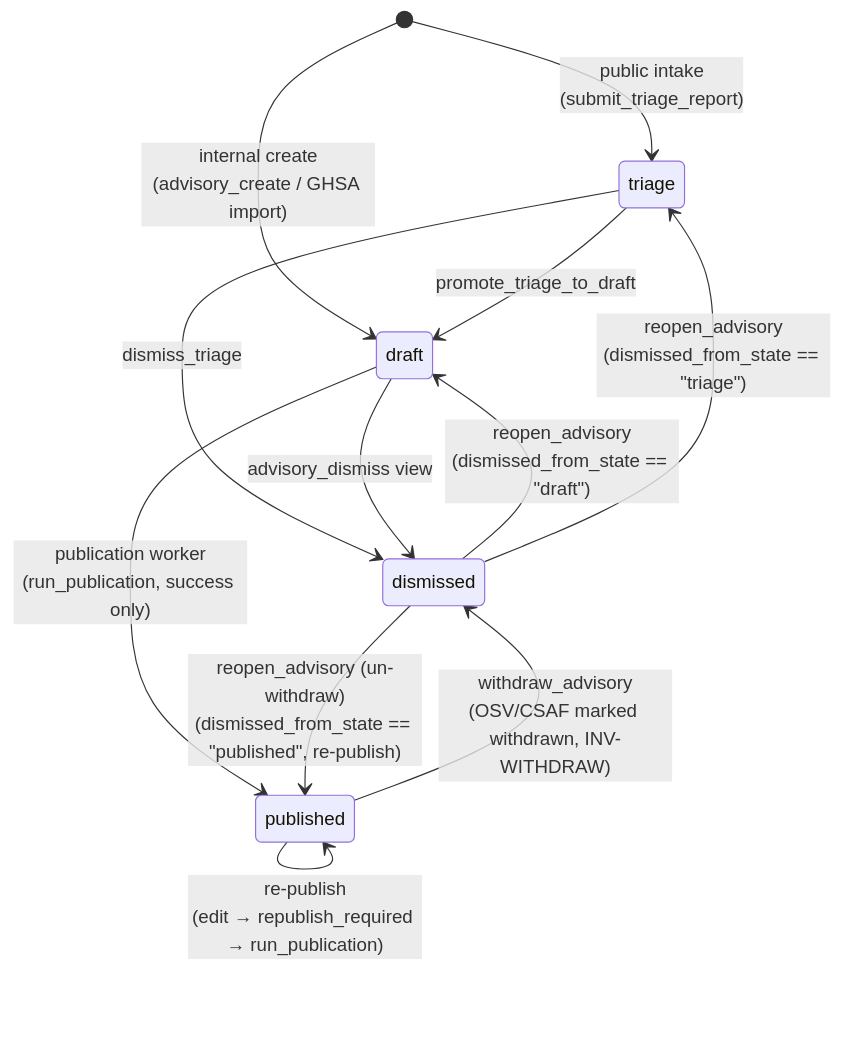
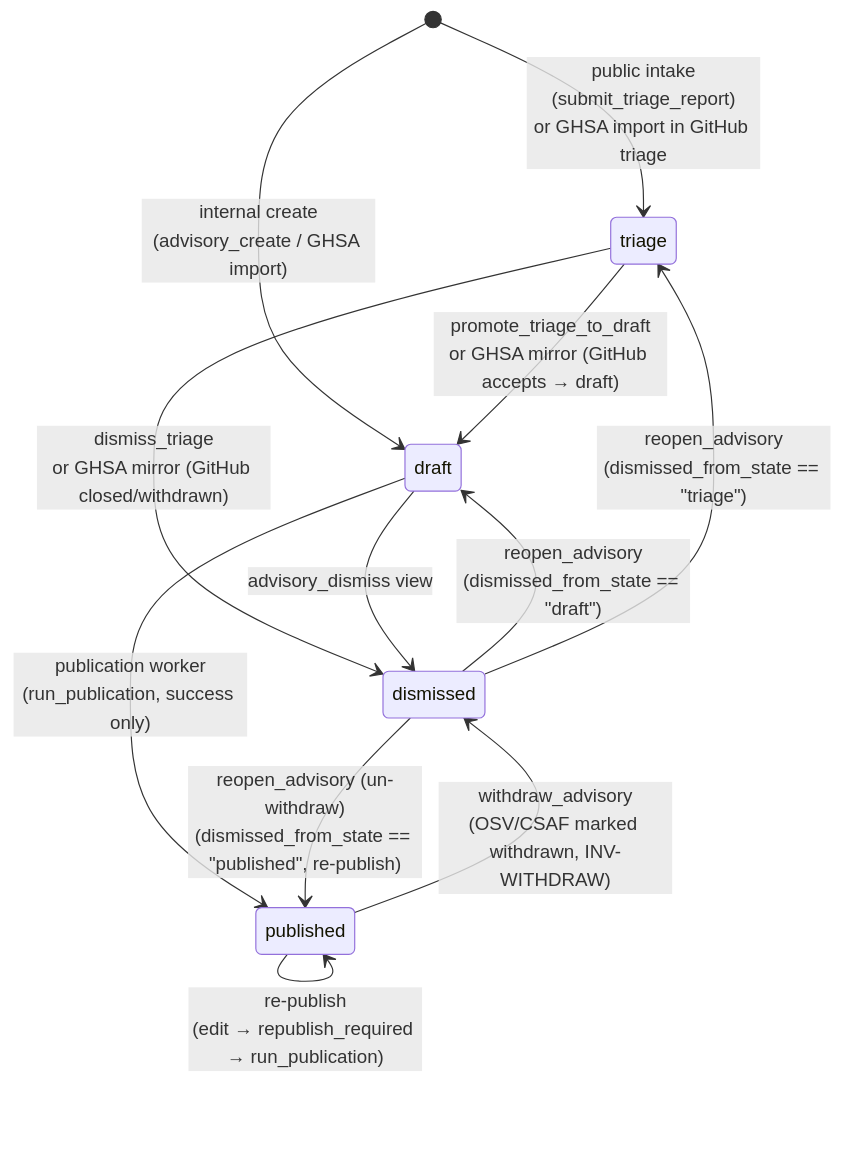
The first of 5 diagrams in docs/specification/advisory-lifecycle.md (eclipse-csi/advisoryhub), drawn with Mermaid before and after one commit. The commit also changed other lines of this file and 18 other files, not shown here.

````diff
--- a/docs/specification/advisory-lifecycle.md
+++ b/docs/specification/advisory-lifecycle.md
@@ -67,18 +67,18 @@
 ```mermaid
 stateDiagram-v2
-    [*] --> triage      : public intake<br/>(submit_triage_report)
+    [*] --> triage      : public intake<br/>(submit_triage_report)<br/>or GHSA import in GitHub triage
     [*] --> draft       : internal create<br/>(advisory_create / GHSA import)
 
-    triage --> draft    : promote_triage_to_draft
-    triage --> dismissed: dismiss_triage
+    triage --> draft    : promote_triage_to_draft<br/>or GHSA mirror (GitHub accepts → draft)
+    triage --> dismissed: dismiss_triage<br/>or GHSA mirror (GitHub closed/withdrawn)
 
     draft --> dismissed : advisory_dismiss view
     draft --> published : publication worker<br/>(run_publication, success only)
 
     published --> published: re-publish<br/>(edit → republish_required → run_publication)
     published --> dismissed : withdraw_advisory<br/>(OSV/CSAF marked withdrawn, INV-WITHDRAW)
 
     dismissed --> draft  : reopen_advisory<br/>(dismissed_from_state == "draft")
     dismissed --> triage : reopen_advisory<br/>(dismissed_from_state == "triage")
     dismissed --> published : reopen_advisory (un-withdraw)<br/>(dismissed_from_state == "published", re-publish)
 ```
````
